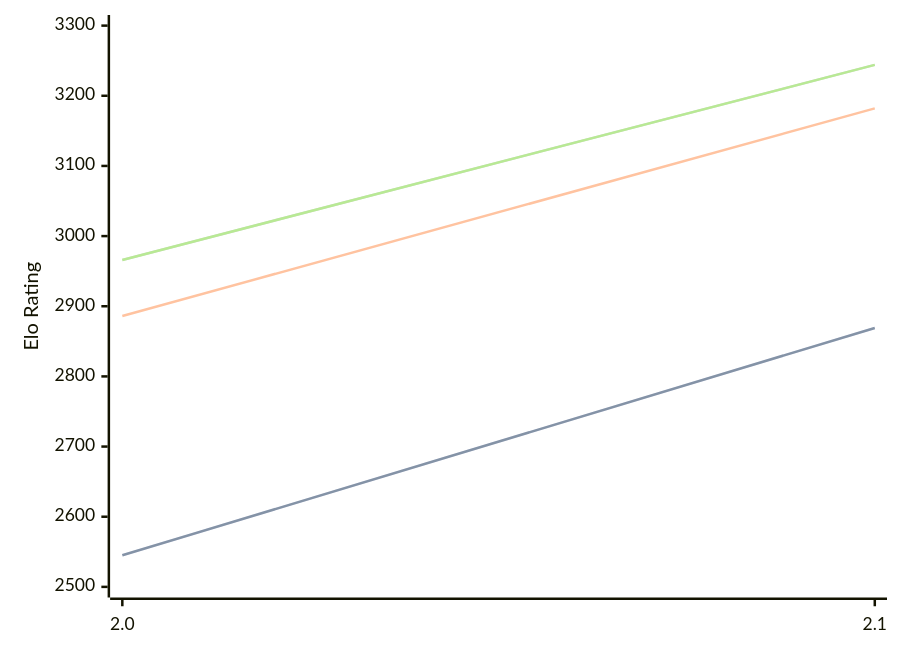
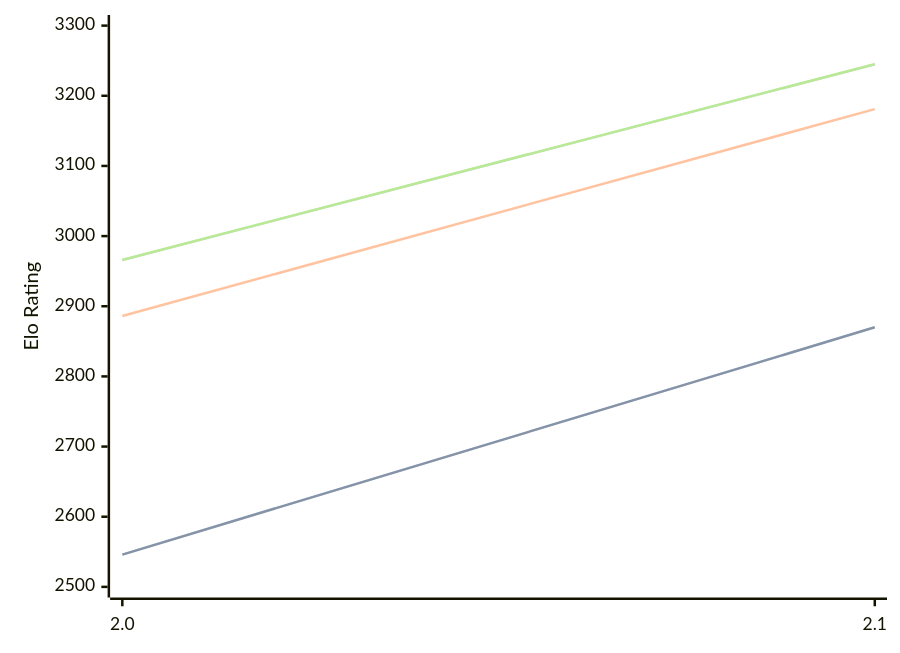
The diagram in engines/Tunguska.md (computer-chess-index/cci), drawn with Mermaid before and after one commit. The commit also changed other lines of this file, not shown here.

Commit message:
Update CCI Ratings (ELO VLTC) - 2026-04-25

````diff
--- a/engines/Tunguska.md
+++ b/engines/Tunguska.md
@@ -32,11 +32,11 @@
 ```mermaid
 %%{init: {"theme":"base","themeVariables":{"seriesColors:['#a3a3a3','#222221','#faa371']}}}%%
 xychart-beta
   x-axis ["2.0", "2.1"]
   y-axis "Elo Rating" 2500 --> 3300
-  line "STC (8.0+0.08s)" [2545, 2869]
-  line "STC (8.0+0.08s)" [2545, 2869]
-  line "LTC (60.0+0.60s)" [2886, 3182]
-  line "VLTC (2m24s+1.12s)" [2966, 3244]
-  line "VLTC (2m24s+1.12s)" [2966, 3244]
+  line "STC (8.0+0.08s)" [2546, 2870]
+  line "STC (8.0+0.08s)" [2546, 2870]
+  line "LTC (60.0+0.60s)" [2886, 3181]
+  line "VLTC (2m24s+1.12s)" [2966, 3245]
+  line "VLTC (2m24s+1.12s)" [2966, 3245]
 ```
````
